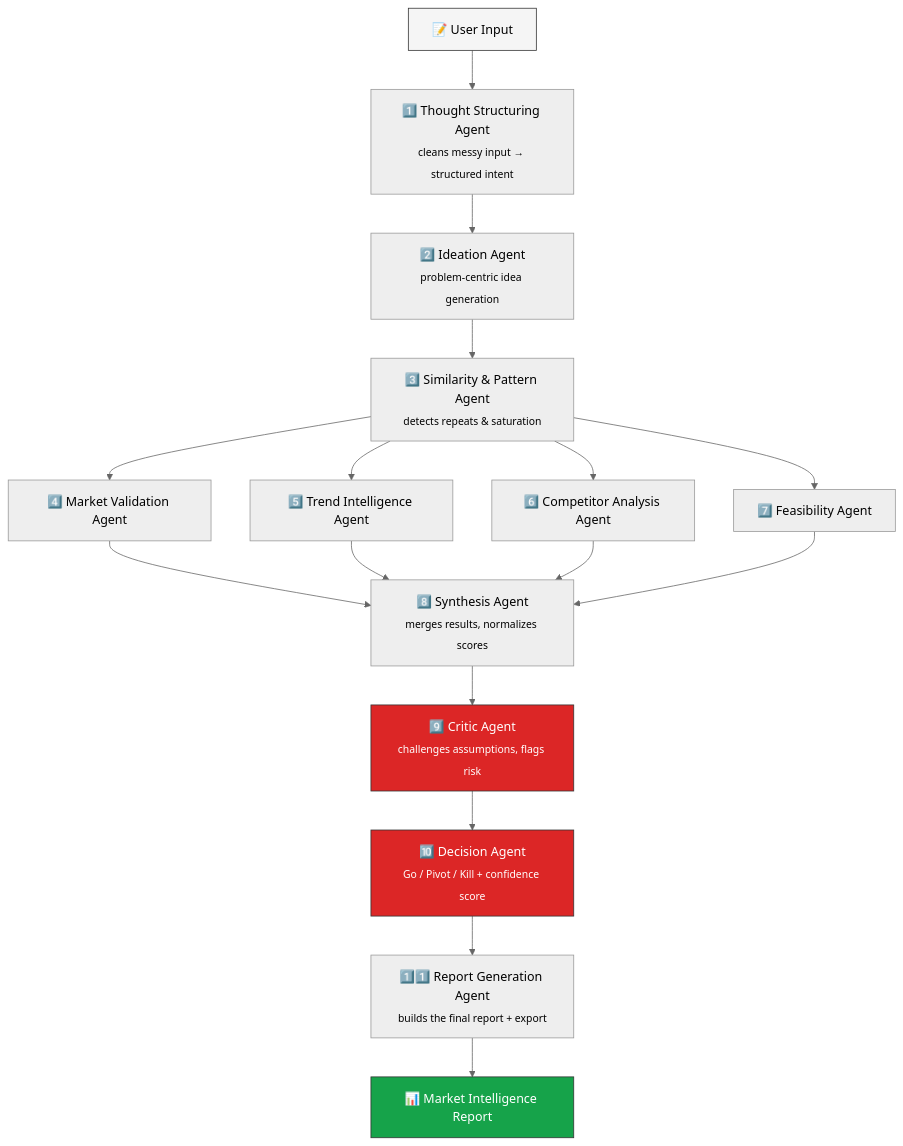
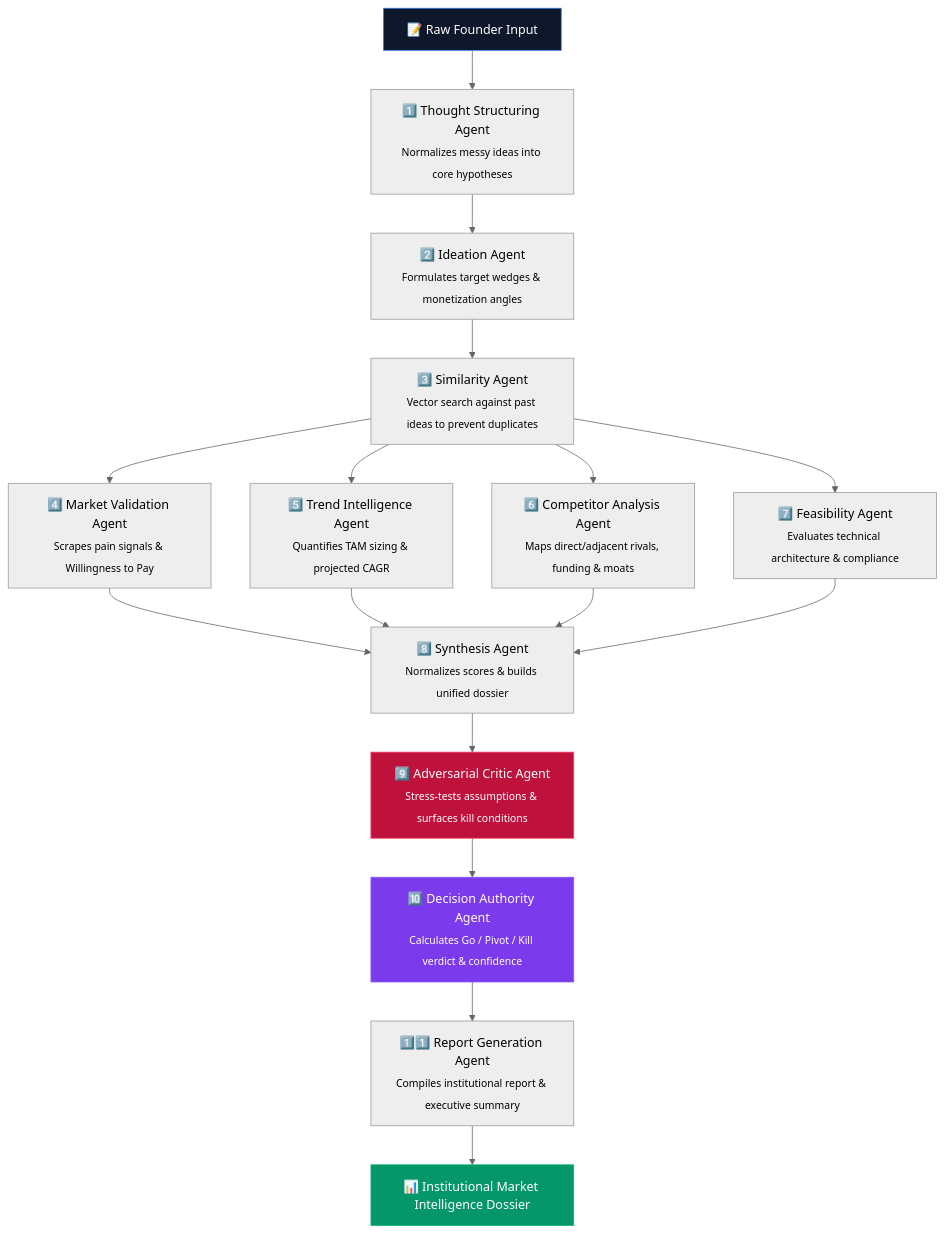
Before and after one commit to harshadpy/CoFound.ai: the second of 2 diagrams in README.md, drawn with Mermaid (neutral theme). The commit also changed other lines of this file, not shown here.

````diff
--- a/README.md
+++ b/README.md
@@ -120,26 +136,26 @@
 ```mermaid
 flowchart TD
-    A["📝 User Input"] --> B["1️⃣ Thought Structuring Agent<br/><sub>cleans messy input → structured intent</sub>"]
-    B --> C["2️⃣ Ideation Agent<br/><sub>problem-centric idea generation</sub>"]
-    C --> D["3️⃣ Similarity & Pattern Agent<br/><sub>detects repeats & saturation</sub>"]
+    A["📝 Raw Founder Input"] --> B["1️⃣ Thought Structuring Agent<br/><sub>Normalizes messy ideas into core hypotheses</sub>"]
+    B --> C["2️⃣ Ideation Agent<br/><sub>Formulates target wedges & monetization angles</sub>"]
+    C --> D["3️⃣ Similarity Agent<br/><sub>Vector search against past ideas to prevent duplicates</sub>"]
 
-    D --> E["4️⃣ Market Validation Agent"]
-    D --> F["5️⃣ Trend Intelligence Agent"]
-    D --> G["6️⃣ Competitor Analysis Agent"]
-    D --> H["7️⃣ Feasibility Agent"]
+    D --> E["4️⃣ Market Validation Agent<br/><sub>Scrapes pain signals & Willingness to Pay</sub>"]
+    D --> F["5️⃣ Trend Intelligence Agent<br/><sub>Quantifies TAM sizing & projected CAGR</sub>"]
+    D --> G["6️⃣ Competitor Analysis Agent<br/><sub>Maps direct/adjacent rivals, funding & moats</sub>"]
+    D --> H["7️⃣ Feasibility Agent<br/><sub>Evaluates technical architecture & compliance</sub>"]
 
-    E --> I["8️⃣ Synthesis Agent<br/><sub>merges results, normalizes scores</sub>"]
+    E --> I["8️⃣ Synthesis Agent<br/><sub>Normalizes scores & builds unified dossier</sub>"]
     F --> I
     G --> I
     H --> I
 
-    I --> J["9️⃣ Critic Agent<br/><sub>challenges assumptions, flags risk</sub>"]
-    J --> K["🔟 Decision Agent<br/><sub>Go / Pivot / Kill + confidence score</sub>"]
-    K --> L["1️⃣1️⃣ Report Generation Agent<br/><sub>builds the final report + export</sub>"]
-    L --> M["📊 Market Intelligence Report"]
+    I --> J["9️⃣ Adversarial Critic Agent<br/><sub>Stress-tests assumptions & surfaces kill conditions</sub>"]
+    J --> K["🔟 Decision Authority Agent<br/><sub>Calculates Go / Pivot / Kill verdict & confidence</sub>"]
+    K --> L["1️⃣1️⃣ Report Generation Agent<br/><sub>Compiles institutional report & executive summary</sub>"]
+    L --> M["📊 Institutional Market Intelligence Dossier"]
 
-    style A fill:#f5f5f5,stroke:#333,color:#000
-    style M fill:#16a34a,stroke:#333,color:#fff
-    style J fill:#dc2626,stroke:#333,color:#fff
-    style K fill:#dc2626,stroke:#333,color:#fff
+    style A fill:#0f172a,stroke:#3b82f6,color:#fff
+    style M fill:#059669,stroke:#10b981,color:#fff
+    style J fill:#be123c,stroke:#f43f5e,color:#fff
+    style K fill:#7c3aed,stroke:#8b5cf6,color:#fff
 ```
````
